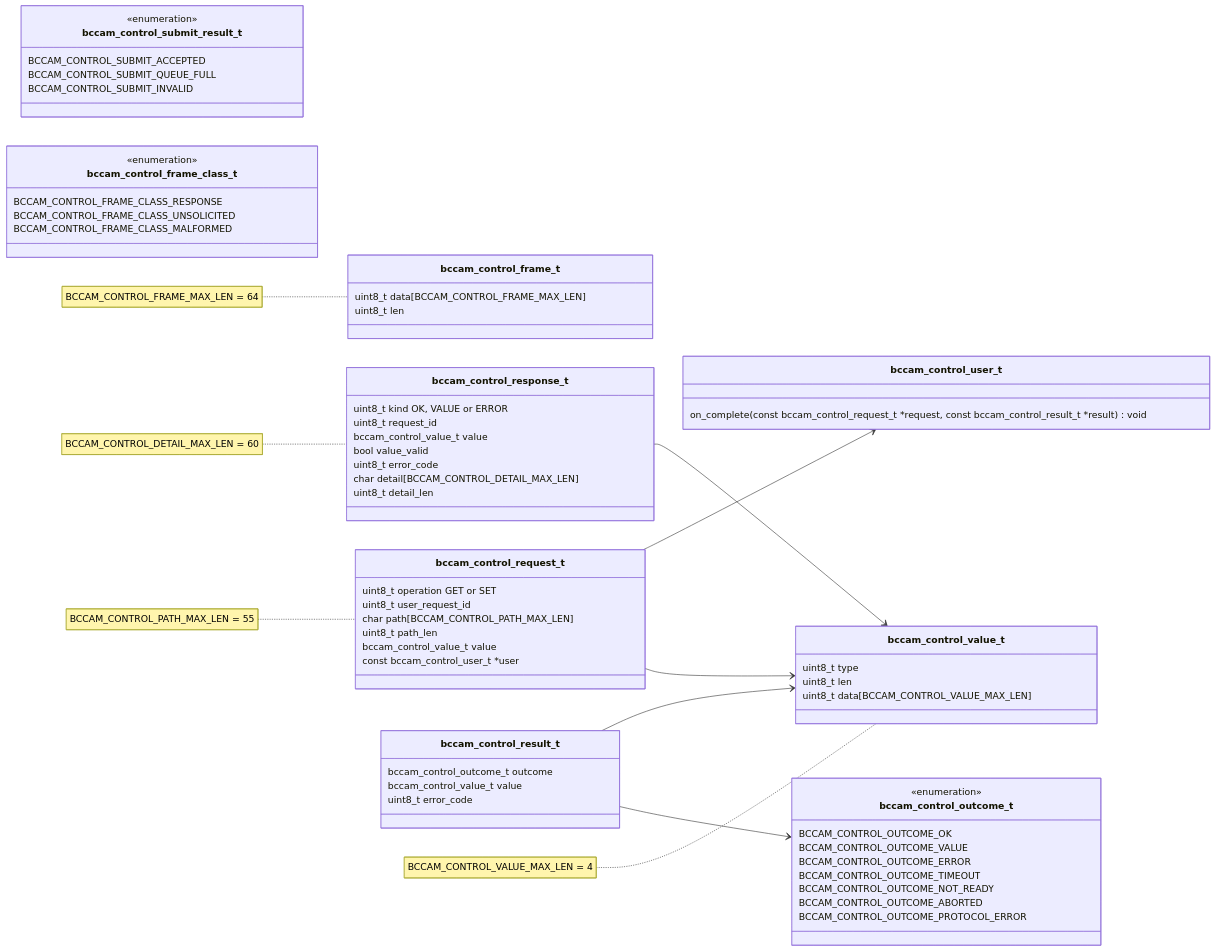
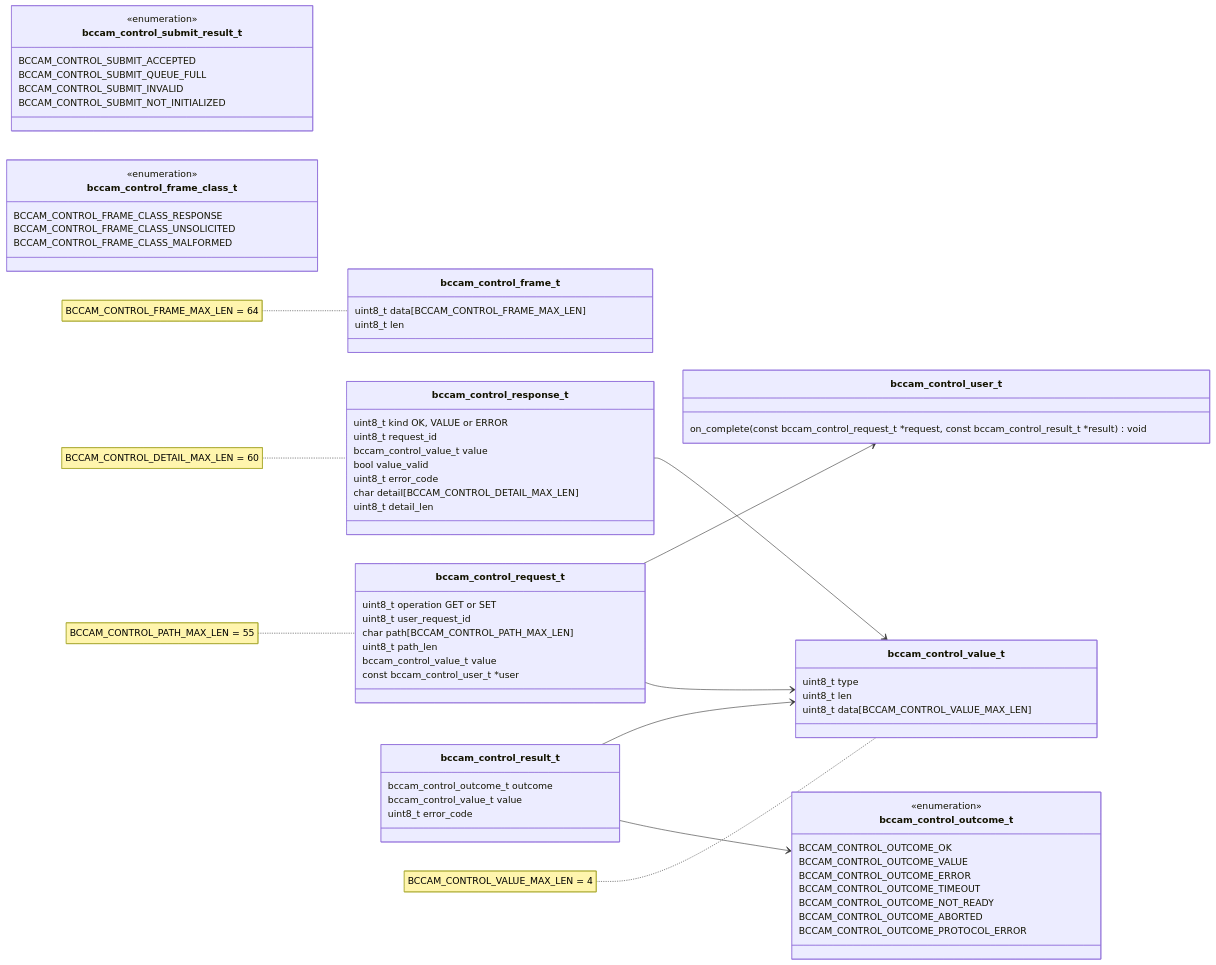
Before and after one commit to bitcraze/crazyflie-firmware: the second of 10 diagrams in docs/functional-areas/camera-deck-control.md, drawn with Mermaid. The commit also changed other lines of this file, not shown here.

````diff
--- a/docs/functional-areas/camera-deck-control.md
+++ b/docs/functional-areas/camera-deck-control.md
@@ -230,79 +240,80 @@
 ```mermaid
 classDiagram
     direction LR
 
     class bccam_control_frame_t {
         uint8_t data[BCCAM_CONTROL_FRAME_MAX_LEN]
         uint8_t len
     }
     note for bccam_control_frame_t "BCCAM_CONTROL_FRAME_MAX_LEN = 64"
 
     class bccam_control_request_t {
         uint8_t operation GET or SET
         uint8_t user_request_id
         char path[BCCAM_CONTROL_PATH_MAX_LEN]
         uint8_t path_len
         bccam_control_value_t value
         const bccam_control_user_t *user
     }
     note for bccam_control_request_t "BCCAM_CONTROL_PATH_MAX_LEN = 55"
 
     class bccam_control_response_t {
         uint8_t kind OK, VALUE or ERROR
         uint8_t request_id
         bccam_control_value_t value
         bool value_valid
         uint8_t error_code
         char detail[BCCAM_CONTROL_DETAIL_MAX_LEN]
         uint8_t detail_len
     }
     note for bccam_control_response_t "BCCAM_CONTROL_DETAIL_MAX_LEN = 60"
 
     class bccam_control_user_t {
         on_complete(const bccam_control_request_t *request, const bccam_control_result_t *result) void
     }
 
     class bccam_control_result_t {
         bccam_control_outcome_t outcome
         bccam_control_value_t value
         uint8_t error_code
     }
 
     class bccam_control_outcome_t {
         <<enumeration>>
         BCCAM_CONTROL_OUTCOME_OK
         BCCAM_CONTROL_OUTCOME_VALUE
         BCCAM_CONTROL_OUTCOME_ERROR
         BCCAM_CONTROL_OUTCOME_TIMEOUT
         BCCAM_CONTROL_OUTCOME_NOT_READY
         BCCAM_CONTROL_OUTCOME_ABORTED
         BCCAM_CONTROL_OUTCOME_PROTOCOL_ERROR
     }
 
     class bccam_control_submit_result_t {
         <<enumeration>>
         BCCAM_CONTROL_SUBMIT_ACCEPTED
         BCCAM_CONTROL_SUBMIT_QUEUE_FULL
         BCCAM_CONTROL_SUBMIT_INVALID
+        BCCAM_CONTROL_SUBMIT_NOT_INITIALIZED
     }
 
     class bccam_control_value_t {
         uint8_t type
         uint8_t len
         uint8_t data[BCCAM_CONTROL_VALUE_MAX_LEN]
     }
     note for bccam_control_value_t "BCCAM_CONTROL_VALUE_MAX_LEN = 4"
 
     class bccam_control_frame_class_t {
         <<enumeration>>
         BCCAM_CONTROL_FRAME_CLASS_RESPONSE
         BCCAM_CONTROL_FRAME_CLASS_UNSOLICITED
         BCCAM_CONTROL_FRAME_CLASS_MALFORMED
     }
 
     bccam_control_result_t --> bccam_control_outcome_t
     bccam_control_request_t --> bccam_control_value_t
     bccam_control_request_t --> bccam_control_user_t
     bccam_control_result_t --> bccam_control_value_t
     bccam_control_response_t --> bccam_control_value_t
 ```
````
